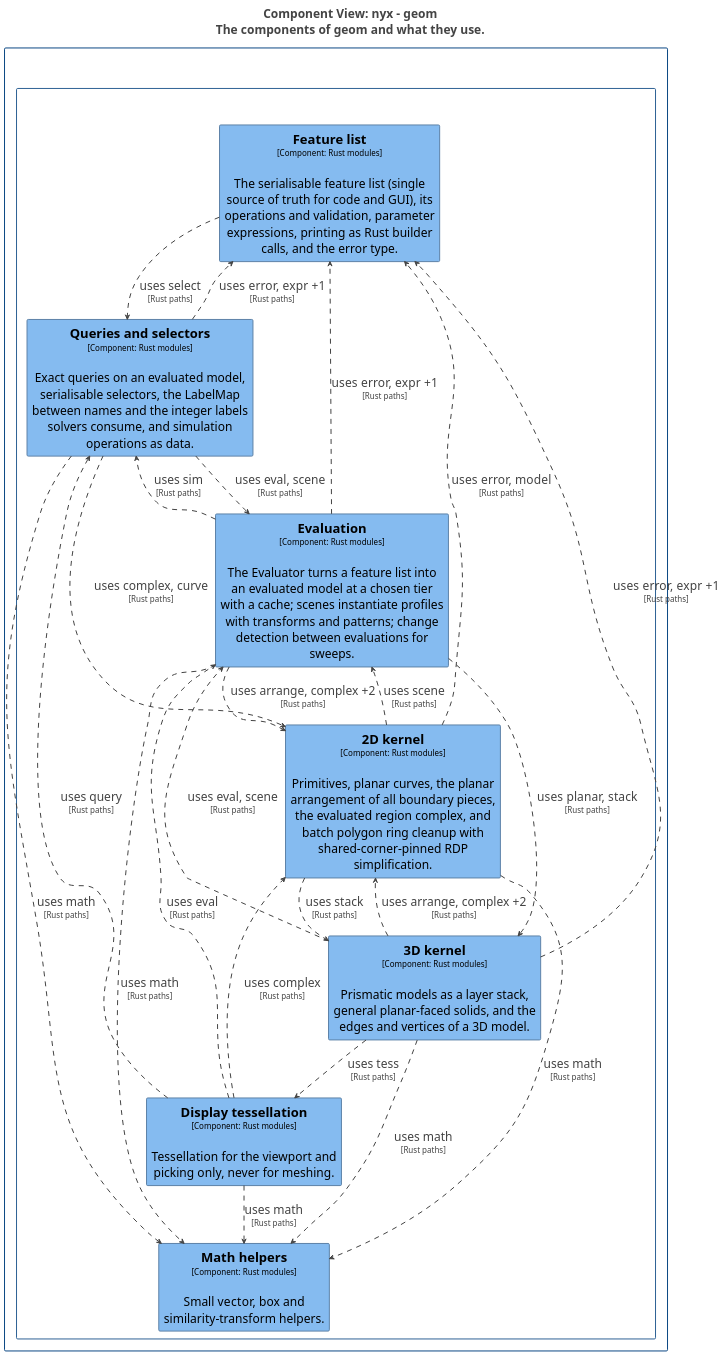
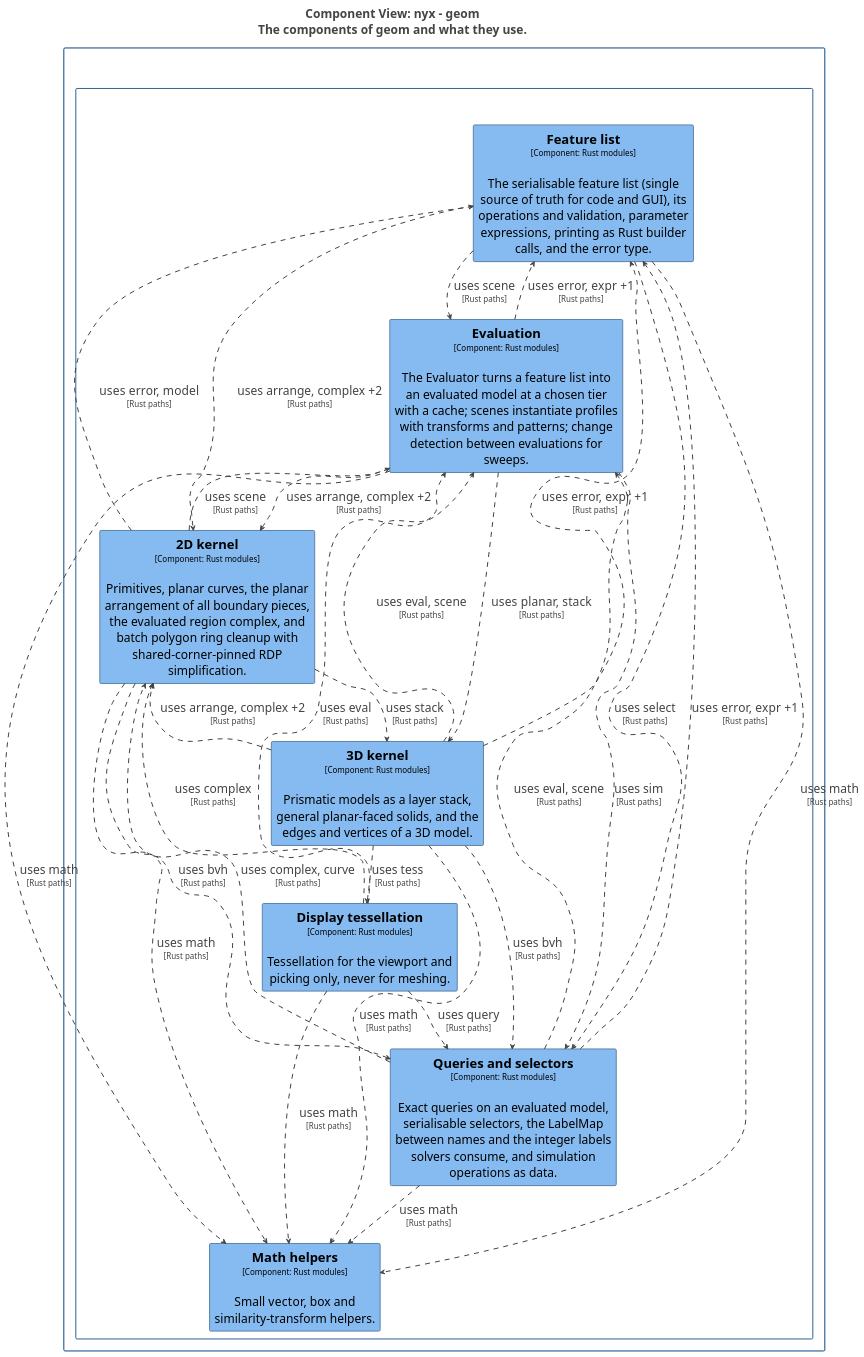
The diagram in docs/architecture/c4/export/plantuml/structurizr-Components_geom.puml (p-j-r/nyx), drawn with PlantUML before and after one commit. The commit also changed 150 other files, not shown here.

```diff
--- a/docs/architecture/c4/export/plantuml/structurizr-Components_geom.puml
+++ b/docs/architecture/c4/export/plantuml/structurizr-Components_geom.puml
@@ -1,96 +1,101 @@
 @startuml
 title <size:24>Component View: nyx - geom</size>\n<size:24>The components of geom and what they use.</size>
 
 set separator none
 top to bottom direction
 skinparam ranksep 60
 skinparam nodesep 30
 hide stereotype
 
 <style>
   root {
     BackgroundColor: #ffffff;
     FontColor: #444444;
   }
   // Element,Component
   .Element-RWxlbWVudCxDb21wb25lbnQ= {
     BackgroundColor: #85bbf0;
     LineColor: #5d82a8;
     LineStyle: 0;
     LineThickness: 2;
     FontColor: #000000;
     FontSize: 24;
     HorizontalAlignment: center;
     Shadowing: 0;
     MaximumWidth: 450;
   }
   // Relationship
   .Relationship-UmVsYXRpb25zaGlw {
     LineThickness: 2;
     LineStyle: 10-10;
     LineColor: #444444;
     FontColor: #444444;
     FontSize: 24;
   }
   // geom
   .Boundary-Z2VvbQ== {
     BackgroundColor: #ffffff;
     LineColor: #2e6295;
     LineStyle: 0;
     LineThickness: 2;
     FontColor: #ffffff;
     FontSize: 24;
     HorizontalAlignment: center;
     Shadowing: 0;
   }
   // nyx
   .Boundary-bnl4 {
     BackgroundColor: #ffffff;
     LineColor: #0b4884;
     LineStyle: 0;
     LineThickness: 2;
     FontColor: #ffffff;
     FontSize: 24;
     HorizontalAlignment: center;
     Shadowing: 0;
   }
 </style>
 
 rectangle "nyx\n<size:16>[Software System]</size>" <<Boundary-bnl4>> {
   rectangle "geom\n<size:16>[Container: Rust library]</size>" <<Boundary-Z2VvbQ==>> {
     rectangle "==Feature list\n<size:16>[Component: Rust modules]</size>\n\nThe serialisable feature list (single source of truth for code and GUI), its operations and validation, parameter expressions, printing as Rust builder calls, and the error type." <<Element-RWxlbWVudCxDb21wb25lbnQ=>> as nyx.geom.Featurelist
     rectangle "==Evaluation\n<size:16>[Component: Rust modules]</size>\n\nThe Evaluator turns a feature list into an evaluated model at a chosen tier with a cache; scenes instantiate profiles with transforms and patterns; change detection between evaluations for sweeps." <<Element-RWxlbWVudCxDb21wb25lbnQ=>> as nyx.geom.Evaluation
     rectangle "==2D kernel\n<size:16>[Component: Rust modules]</size>\n\nPrimitives, planar curves, the planar arrangement of all boundary pieces, the evaluated region complex, and batch polygon ring cleanup with shared-corner-pinned RDP simplification." <<Element-RWxlbWVudCxDb21wb25lbnQ=>> as nyx.geom.2Dkernel
     rectangle "==3D kernel\n<size:16>[Component: Rust modules]</size>\n\nPrismatic models as a layer stack, general planar-faced solids, and the edges and vertices of a 3D model." <<Element-RWxlbWVudCxDb21wb25lbnQ=>> as nyx.geom.3Dkernel
     rectangle "==Queries and selectors\n<size:16>[Component: Rust modules]</size>\n\nExact queries on an evaluated model, serialisable selectors, the LabelMap between names and the integer labels solvers consume, and simulation operations as data." <<Element-RWxlbWVudCxDb21wb25lbnQ=>> as nyx.geom.Queriesandselectors
     rectangle "==Display tessellation\n<size:16>[Component: Rust modules]</size>\n\nTessellation for the viewport and picking only, never for meshing." <<Element-RWxlbWVudCxDb21wb25lbnQ=>> as nyx.geom.Displaytessellation
     rectangle "==Math helpers\n<size:16>[Component: Rust modules]</size>\n\nSmall vector, box and similarity-transform helpers." <<Element-RWxlbWVudCxDb21wb25lbnQ=>> as nyx.geom.Mathhelpers
   }
 
 }
 
 nyx.geom.Evaluation --> nyx.geom.Featurelist <<Relationship-UmVsYXRpb25zaGlw>> : "uses error, expr +1\n<size:16>[Rust paths]</size>"
 nyx.geom.Evaluation --> nyx.geom.2Dkernel <<Relationship-UmVsYXRpb25zaGlw>> : "uses arrange, complex +2\n<size:16>[Rust paths]</size>"
 nyx.geom.Evaluation --> nyx.geom.3Dkernel <<Relationship-UmVsYXRpb25zaGlw>> : "uses planar, stack\n<size:16>[Rust paths]</size>"
 nyx.geom.Evaluation --> nyx.geom.Mathhelpers <<Relationship-UmVsYXRpb25zaGlw>> : "uses math\n<size:16>[Rust paths]</size>"
 nyx.geom.Evaluation --> nyx.geom.Queriesandselectors <<Relationship-UmVsYXRpb25zaGlw>> : "uses sim\n<size:16>[Rust paths]</size>"
+nyx.geom.Featurelist --> nyx.geom.Evaluation <<Relationship-UmVsYXRpb25zaGlw>> : "uses scene\n<size:16>[Rust paths]</size>"
+nyx.geom.Featurelist --> nyx.geom.2Dkernel <<Relationship-UmVsYXRpb25zaGlw>> : "uses arrange, complex +2\n<size:16>[Rust paths]</size>"
+nyx.geom.Featurelist --> nyx.geom.Mathhelpers <<Relationship-UmVsYXRpb25zaGlw>> : "uses math\n<size:16>[Rust paths]</size>"
 nyx.geom.Featurelist --> nyx.geom.Queriesandselectors <<Relationship-UmVsYXRpb25zaGlw>> : "uses select\n<size:16>[Rust paths]</size>"
 nyx.geom.2Dkernel --> nyx.geom.Evaluation <<Relationship-UmVsYXRpb25zaGlw>> : "uses scene\n<size:16>[Rust paths]</size>"
 nyx.geom.2Dkernel --> nyx.geom.Featurelist <<Relationship-UmVsYXRpb25zaGlw>> : "uses error, model\n<size:16>[Rust paths]</size>"
 nyx.geom.2Dkernel --> nyx.geom.3Dkernel <<Relationship-UmVsYXRpb25zaGlw>> : "uses stack\n<size:16>[Rust paths]</size>"
 nyx.geom.2Dkernel --> nyx.geom.Mathhelpers <<Relationship-UmVsYXRpb25zaGlw>> : "uses math\n<size:16>[Rust paths]</size>"
+nyx.geom.2Dkernel --> nyx.geom.Queriesandselectors <<Relationship-UmVsYXRpb25zaGlw>> : "uses bvh\n<size:16>[Rust paths]</size>"
 nyx.geom.3Dkernel --> nyx.geom.Evaluation <<Relationship-UmVsYXRpb25zaGlw>> : "uses eval, scene\n<size:16>[Rust paths]</size>"
 nyx.geom.3Dkernel --> nyx.geom.Featurelist <<Relationship-UmVsYXRpb25zaGlw>> : "uses error, expr +1\n<size:16>[Rust paths]</size>"
 nyx.geom.3Dkernel --> nyx.geom.2Dkernel <<Relationship-UmVsYXRpb25zaGlw>> : "uses arrange, complex +2\n<size:16>[Rust paths]</size>"
 nyx.geom.3Dkernel --> nyx.geom.Mathhelpers <<Relationship-UmVsYXRpb25zaGlw>> : "uses math\n<size:16>[Rust paths]</size>"
+nyx.geom.3Dkernel --> nyx.geom.Queriesandselectors <<Relationship-UmVsYXRpb25zaGlw>> : "uses bvh\n<size:16>[Rust paths]</size>"
 nyx.geom.3Dkernel --> nyx.geom.Displaytessellation <<Relationship-UmVsYXRpb25zaGlw>> : "uses tess\n<size:16>[Rust paths]</size>"
 nyx.geom.Queriesandselectors --> nyx.geom.Evaluation <<Relationship-UmVsYXRpb25zaGlw>> : "uses eval, scene\n<size:16>[Rust paths]</size>"
 nyx.geom.Queriesandselectors --> nyx.geom.Featurelist <<Relationship-UmVsYXRpb25zaGlw>> : "uses error, expr +1\n<size:16>[Rust paths]</size>"
 nyx.geom.Queriesandselectors --> nyx.geom.2Dkernel <<Relationship-UmVsYXRpb25zaGlw>> : "uses complex, curve\n<size:16>[Rust paths]</size>"
 nyx.geom.Queriesandselectors --> nyx.geom.Mathhelpers <<Relationship-UmVsYXRpb25zaGlw>> : "uses math\n<size:16>[Rust paths]</size>"
 nyx.geom.Displaytessellation --> nyx.geom.Evaluation <<Relationship-UmVsYXRpb25zaGlw>> : "uses eval\n<size:16>[Rust paths]</size>"
 nyx.geom.Displaytessellation --> nyx.geom.2Dkernel <<Relationship-UmVsYXRpb25zaGlw>> : "uses complex\n<size:16>[Rust paths]</size>"
 nyx.geom.Displaytessellation --> nyx.geom.Mathhelpers <<Relationship-UmVsYXRpb25zaGlw>> : "uses math\n<size:16>[Rust paths]</size>"
 nyx.geom.Displaytessellation --> nyx.geom.Queriesandselectors <<Relationship-UmVsYXRpb25zaGlw>> : "uses query\n<size:16>[Rust paths]</size>"
 
 @enduml
```
